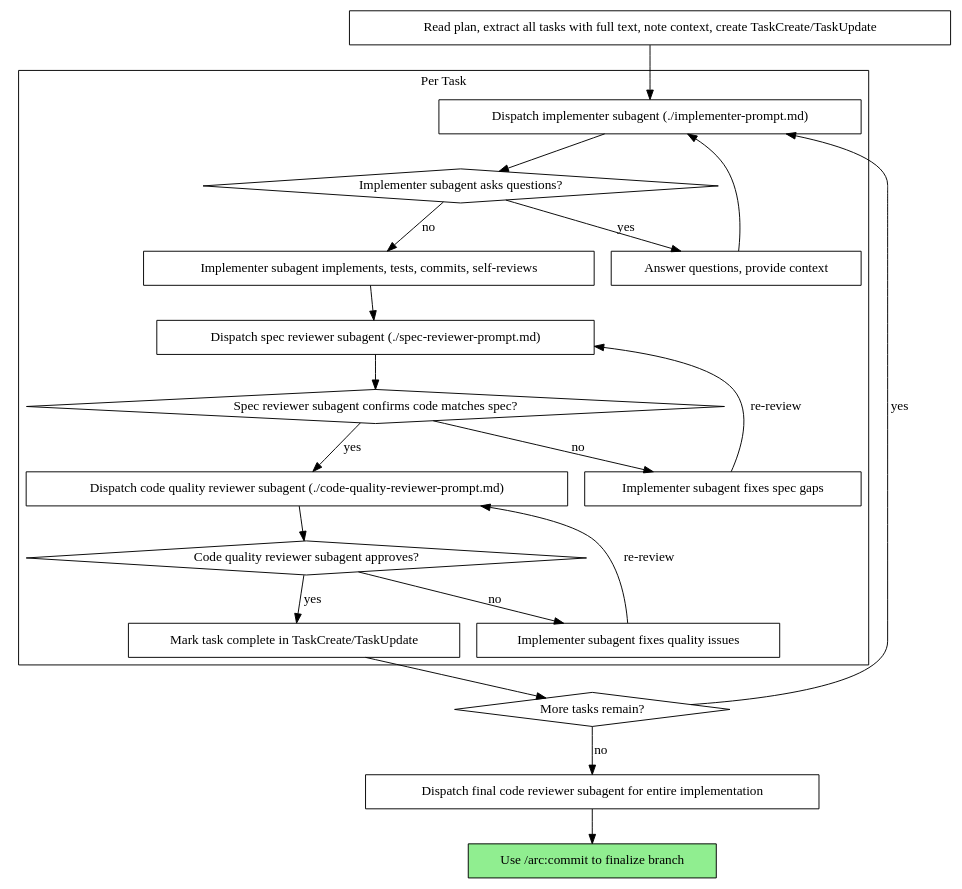
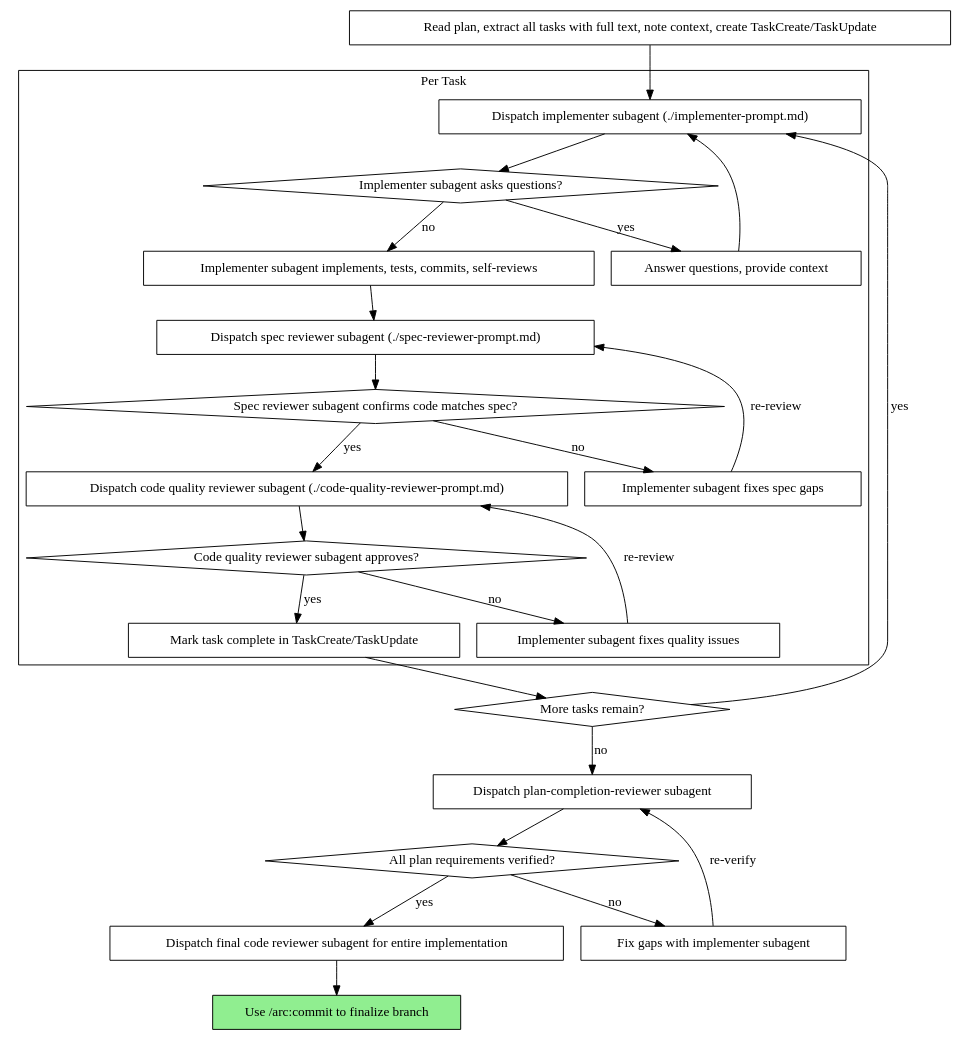
Before and after one commit to Julianlapis/arc-custom: the second of 2 diagrams in disciplines/subagent-driven-development.md, drawn with Graphviz. The commit also changed 8 other files, not shown here.

First line of the commit message:
feat: add plan-completion-reviewer and trim oversized skills

````diff
--- a/disciplines/subagent-driven-development.md
+++ b/disciplines/subagent-driven-development.md
@@ -40,44 +40,51 @@
 ```dot
 digraph process {
     rankdir=TB;
 
     subgraph cluster_per_task {
         label="Per Task";
         "Dispatch implementer subagent (./implementer-prompt.md)" [shape=box];
         "Implementer subagent asks questions?" [shape=diamond];
         "Answer questions, provide context" [shape=box];
         "Implementer subagent implements, tests, commits, self-reviews" [shape=box];
         "Dispatch spec reviewer subagent (./spec-reviewer-prompt.md)" [shape=box];
         "Spec reviewer subagent confirms code matches spec?" [shape=diamond];
         "Implementer subagent fixes spec gaps" [shape=box];
         "Dispatch code quality reviewer subagent (./code-quality-reviewer-prompt.md)" [shape=box];
         "Code quality reviewer subagent approves?" [shape=diamond];
         "Implementer subagent fixes quality issues" [shape=box];
         "Mark task complete in TaskCreate/TaskUpdate" [shape=box];
     }
 
     "Read plan, extract all tasks with full text, note context, create TaskCreate/TaskUpdate" [shape=box];
     "More tasks remain?" [shape=diamond];
+    "Dispatch plan-completion-reviewer subagent" [shape=box];
+    "All plan requirements verified?" [shape=diamond];
+    "Fix gaps with implementer subagent" [shape=box];
     "Dispatch final code reviewer subagent for entire implementation" [shape=box];
     "Use /arc:commit to finalize branch" [shape=box style=filled fillcolor=lightgreen];
 
     "Read plan, extract all tasks with full text, note context, create TaskCreate/TaskUpdate" -> "Dispatch implementer subagent (./implementer-prompt.md)";
     "Dispatch implementer subagent (./implementer-prompt.md)" -> "Implementer subagent asks questions?";
     "Implementer subagent asks questions?" -> "Answer questions, provide context" [label="yes"];
     "Answer questions, provide context" -> "Dispatch implementer subagent (./implementer-prompt.md)";
     "Implementer subagent asks questions?" -> "Implementer subagent implements, tests, commits, self-reviews" [label="no"];
     "Implementer subagent implements, tests, commits, self-reviews" -> "Dispatch spec reviewer subagent (./spec-reviewer-prompt.md)";
     "Dispatch spec reviewer subagent (./spec-reviewer-prompt.md)" -> "Spec reviewer subagent confirms code matches spec?";
     "Spec reviewer subagent confirms code matches spec?" -> "Implementer subagent fixes spec gaps" [label="no"];
     "Implementer subagent fixes spec gaps" -> "Dispatch spec reviewer subagent (./spec-reviewer-prompt.md)" [label="re-review"];
     "Spec reviewer subagent confirms code matches spec?" -> "Dispatch code quality reviewer subagent (./code-quality-reviewer-prompt.md)" [label="yes"];
     "Dispatch code quality reviewer subagent (./code-quality-reviewer-prompt.md)" -> "Code quality reviewer subagent approves?";
     "Code quality reviewer subagent approves?" -> "Implementer subagent fixes quality issues" [label="no"];
     "Implementer subagent fixes quality issues" -> "Dispatch code quality reviewer subagent (./code-quality-reviewer-prompt.md)" [label="re-review"];
     "Code quality reviewer subagent approves?" -> "Mark task complete in TaskCreate/TaskUpdate" [label="yes"];
     "Mark task complete in TaskCreate/TaskUpdate" -> "More tasks remain?";
     "More tasks remain?" -> "Dispatch implementer subagent (./implementer-prompt.md)" [label="yes"];
-    "More tasks remain?" -> "Dispatch final code reviewer subagent for entire implementation" [label="no"];
+    "More tasks remain?" -> "Dispatch plan-completion-reviewer subagent" [label="no"];
+    "Dispatch plan-completion-reviewer subagent" -> "All plan requirements verified?";
+    "All plan requirements verified?" -> "Fix gaps with implementer subagent" [label="no"];
+    "Fix gaps with implementer subagent" -> "Dispatch plan-completion-reviewer subagent" [label="re-verify"];
+    "All plan requirements verified?" -> "Dispatch final code reviewer subagent for entire implementation" [label="yes"];
     "Dispatch final code reviewer subagent for entire implementation" -> "Use /arc:commit to finalize branch";
 }
 ```
````
